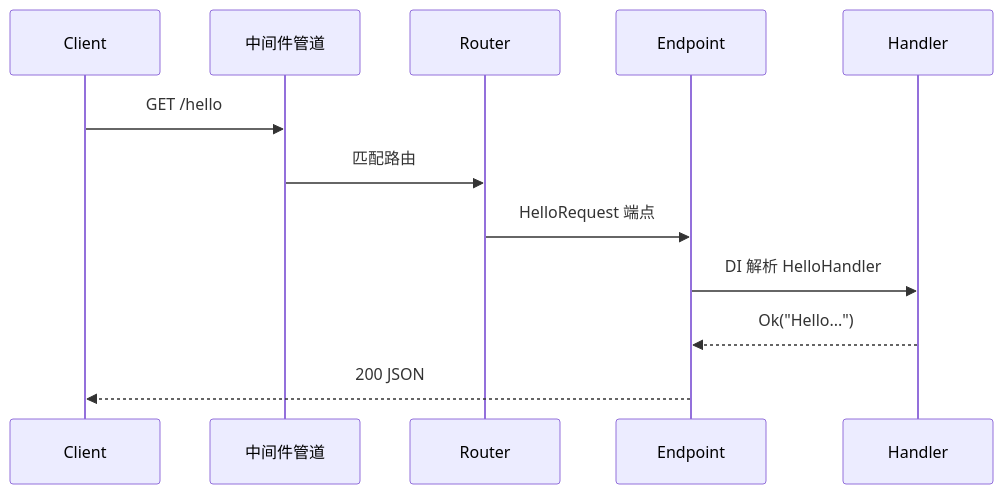
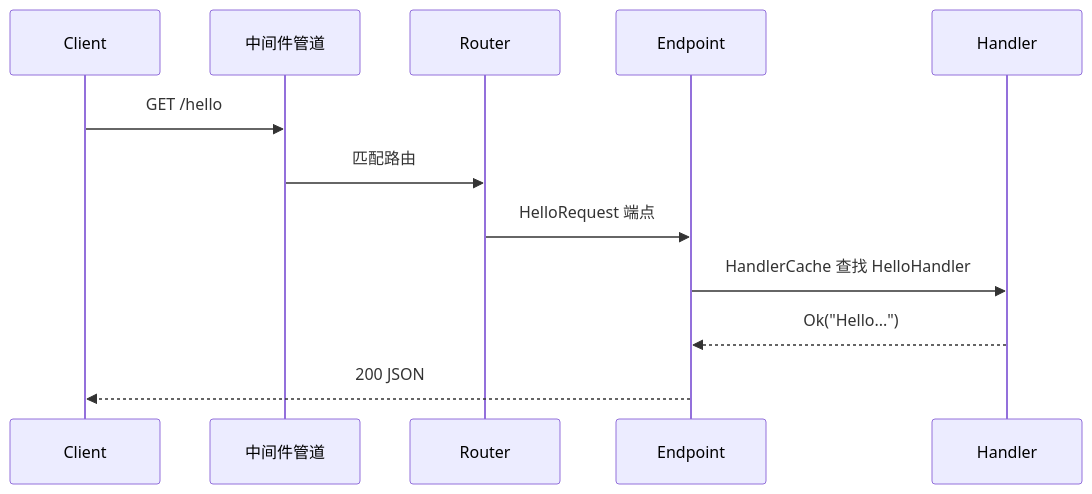
The diagram in docs/rust-webx/02-quickstart/hello-world.md (Rust-Framework/rust-webx), drawn with Mermaid before and after one commit. The commit also changed other lines of this file and 81 other files, not shown here.

````diff
--- a/docs/rust-webx/02-quickstart/hello-world.md
+++ b/docs/rust-webx/02-quickstart/hello-world.md
@@ -109,15 +109,15 @@
 ```mermaid
 sequenceDiagram
     participant Client
     participant Pipeline as 中间件管道
     participant Router
     participant Endpoint
     participant Handler
 
     Client->>Pipeline: GET /hello
     Pipeline->>Router: 匹配路由
     Router->>Endpoint: HelloRequest 端点
-    Endpoint->>Handler: DI 解析 HelloHandler
+    Endpoint->>Handler: HandlerCache 查找 HelloHandler
     Handler-->>Endpoint: Ok("Hello...")
     Endpoint-->>Client: 200 JSON
 ```
````
